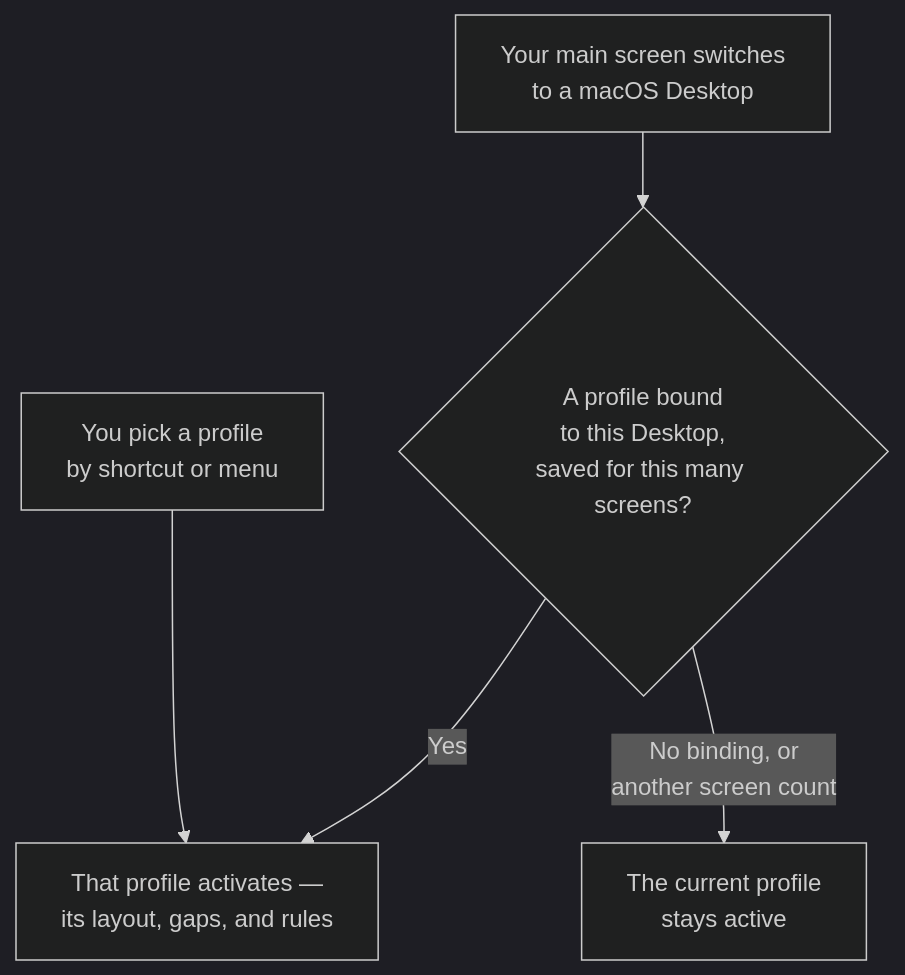
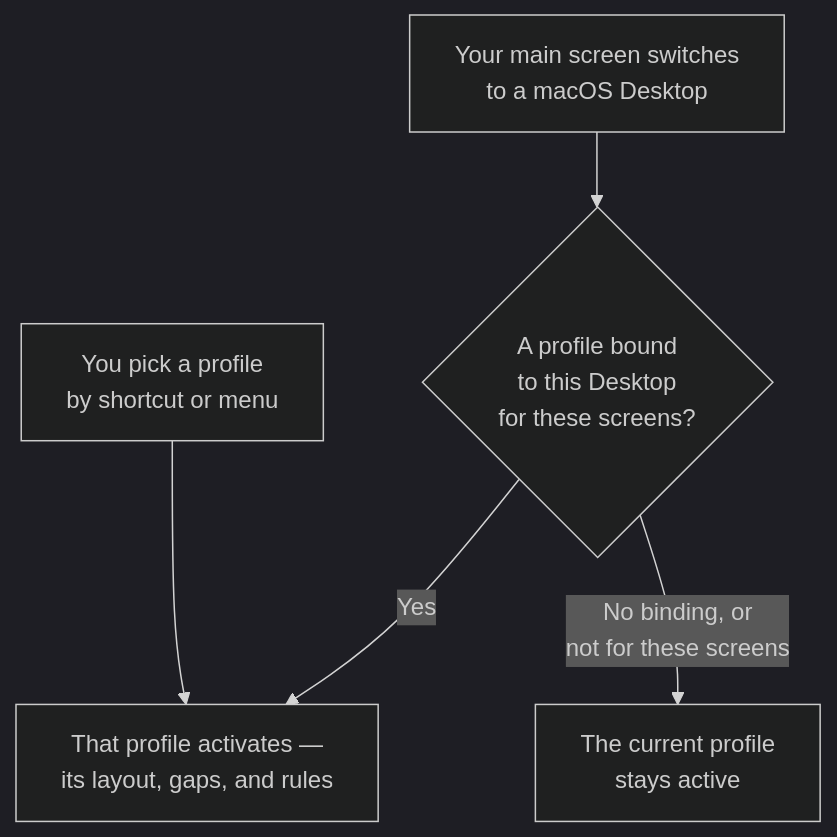
One commit to KiwiCanopy/KiwiDesk changed the diagram in docs/user-guide.md. Above: the diagram before and after it, drawn with Mermaid (dark theme). The commit also changed other lines of this file and 50 other files, not shown here.

First line of the commit message:
feat(profiles): scope a Desktop binding to one screen setup (#1609) (#1615)

````diff
--- a/docs/user-guide.md
+++ b/docs/user-guide.md
@@ -885,7 +900,7 @@
 ```mermaid
 flowchart TD
-    S["Your main screen switches<br/>to a macOS Desktop"] --> B{"A profile bound<br/>to this Desktop,<br/>saved for this many screens?"}
+    S["Your main screen switches<br/>to a macOS Desktop"] --> B{"A profile bound<br/>to this Desktop<br/>for these screens?"}
     B -->|"Yes"| A["That profile activates —<br/>its layout, gaps, and rules"]
-    B -->|"No binding, or<br/>another screen count"| K["The current profile<br/>stays active"]
+    B -->|"No binding, or<br/>not for these screens"| K["The current profile<br/>stays active"]
     P["You pick a profile<br/>by shortcut or menu"] --> A
 ```
````
